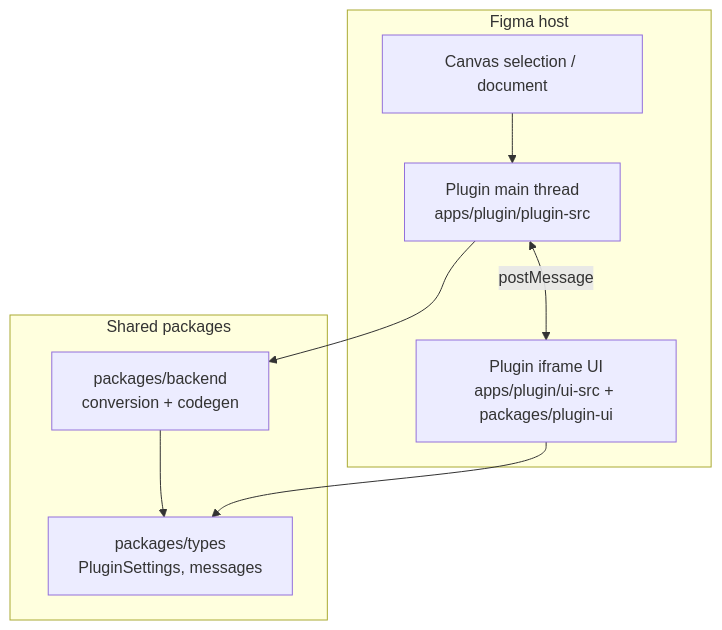
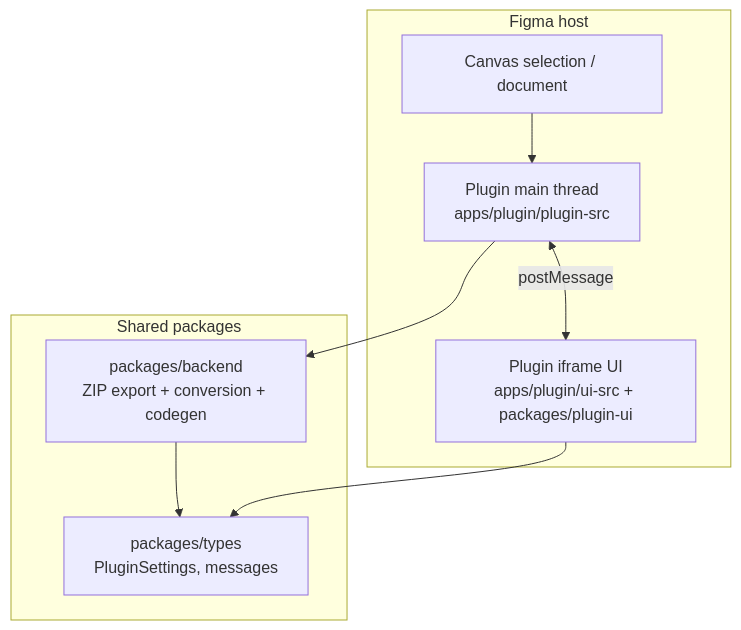
The first of 9 diagrams in docs/logic.md (CodeByStella/FIGMA2CODE), drawn with Mermaid before and after one commit. The commit also changed other lines of this file and 72 other files, not shown here.

First line of the commit message:
Add ZIP asset export and drop live HTML preview

````diff
--- a/docs/logic.md
+++ b/docs/logic.md
@@ -11,19 +11,19 @@
 ```mermaid
 flowchart TB
   subgraph Figma["Figma host"]
     Canvas["Canvas selection / document"]
     Sandbox["Plugin main thread<br/>apps/plugin/plugin-src"]
     UI["Plugin iframe UI<br/>apps/plugin/ui-src + packages/plugin-ui"]
   end
 
   subgraph Packages["Shared packages"]
-    Backend["packages/backend<br/>conversion + codegen"]
+    Backend["packages/backend<br/>ZIP export + conversion + codegen"]
     Types["packages/types<br/>PluginSettings, messages"]
   end
 
   Canvas --> Sandbox
   Sandbox --> Backend
   Backend --> Types
   UI --> Types
   Sandbox <-->|"postMessage"| UI
 ```
````
